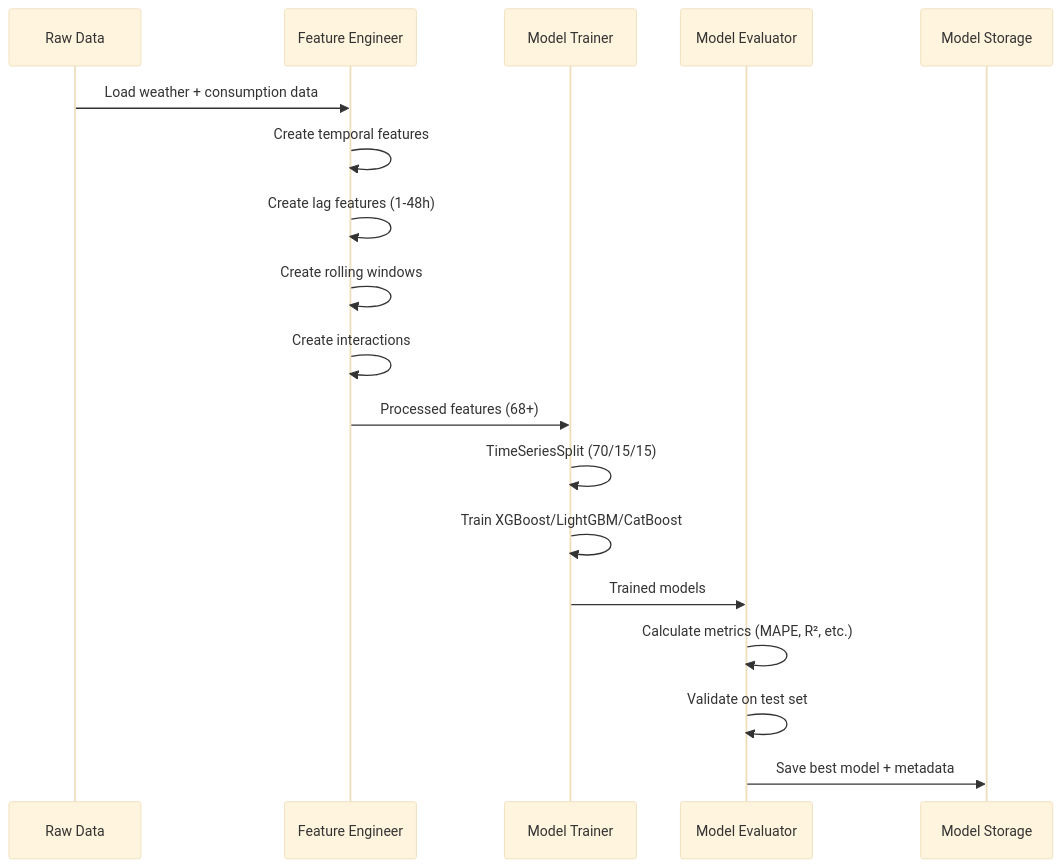
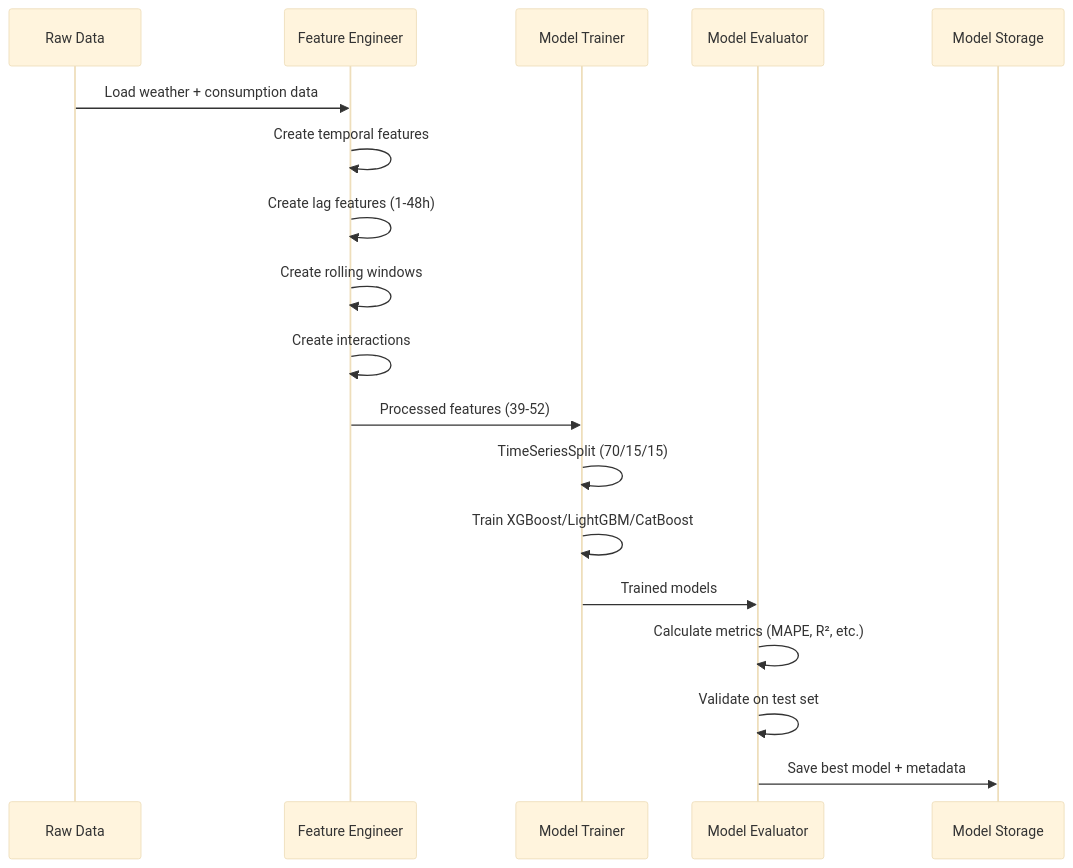
Before and after one commit to Pedrom2002/energy-forecast-pt: the second of 5 diagrams in docs/ARCHITECTURE.md, drawn with Mermaid (base theme). The commit also changed other lines of this file and 14 other files, not shown here.

````diff
--- a/docs/ARCHITECTURE.md
+++ b/docs/ARCHITECTURE.md
@@ -55,23 +55,23 @@
 ```mermaid
 sequenceDiagram
     participant Raw as Raw Data
     participant FE as Feature Engineer
     participant Train as Model Trainer
     participant Eval as Model Evaluator
     participant Storage as Model Storage
 
     Raw->>FE: Load weather + consumption data
     FE->>FE: Create temporal features
     FE->>FE: Create lag features (1-48h)
     FE->>FE: Create rolling windows
     FE->>FE: Create interactions
-    FE->>Train: Processed features (68+)
+    FE->>Train: Processed features (39-52)
 
     Train->>Train: TimeSeriesSplit (70/15/15)
     Train->>Train: Train XGBoost/LightGBM/CatBoost
     Train->>Eval: Trained models
 
     Eval->>Eval: Calculate metrics (MAPE, R², etc.)
     Eval->>Eval: Validate on test set
     Eval->>Storage: Save best model + metadata
 ```
````
